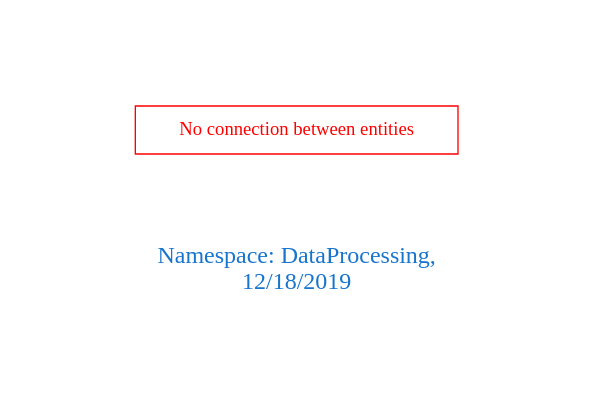
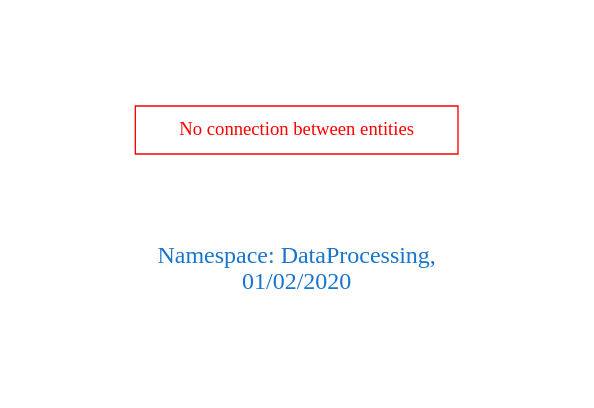
The diagram in downloads/DataProcessing.dot (arago/OGIT), drawn with Graphviz before and after one commit. The commit also changed 1637 other files, not shown here.

```diff
--- a/downloads/DataProcessing.dot
+++ b/downloads/DataProcessing.dot
@@ -1,9 +1,9 @@
 digraph OGIT_ontology {
  graph [ rankdir= LR,pad=1 
 fontsize = 18,
-fontcolor= dodgerblue3,label = "\n\n\nNamespace: DataProcessing, \n 12/18/2019"];
+fontcolor= dodgerblue3,label = "\n\n\nNamespace: DataProcessing, \n 01/02/2020"];
 node[shape=polygon];
 edge [  color="gray81"];
 
 "No connection between entities" [fontcolor = "red",color="red", shape="polygon"]
 }
```
